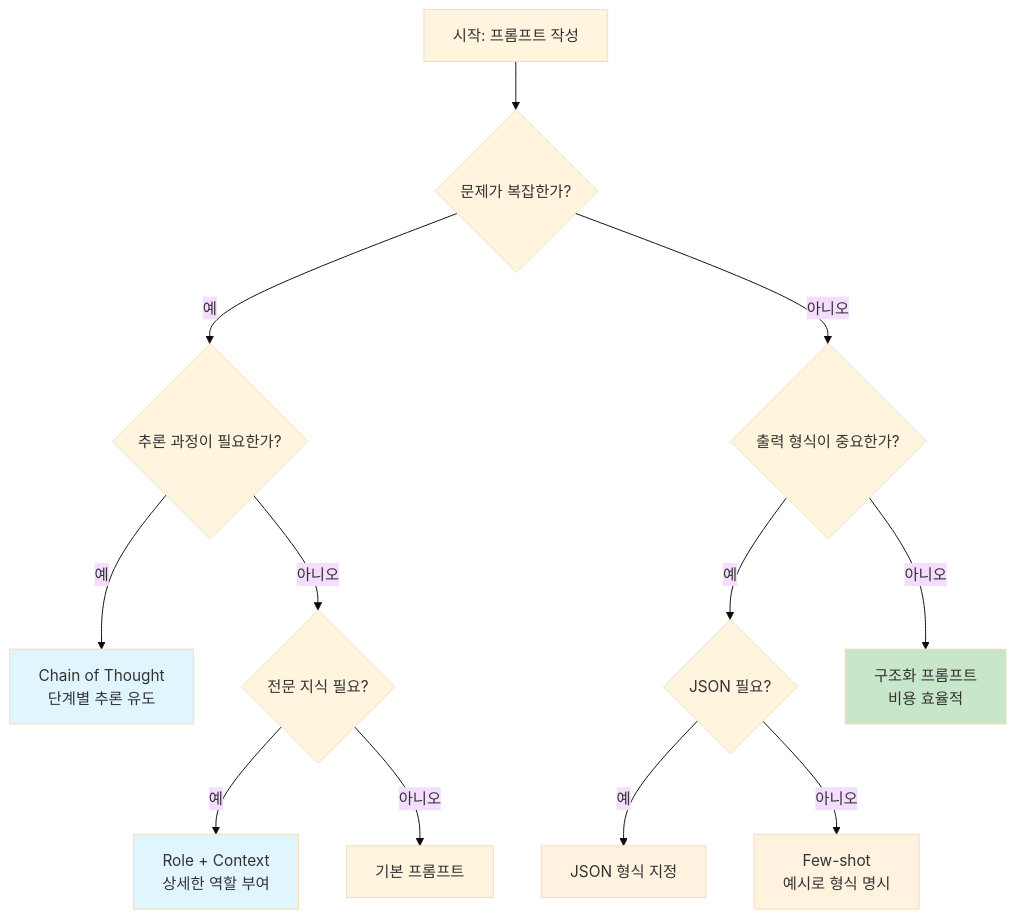
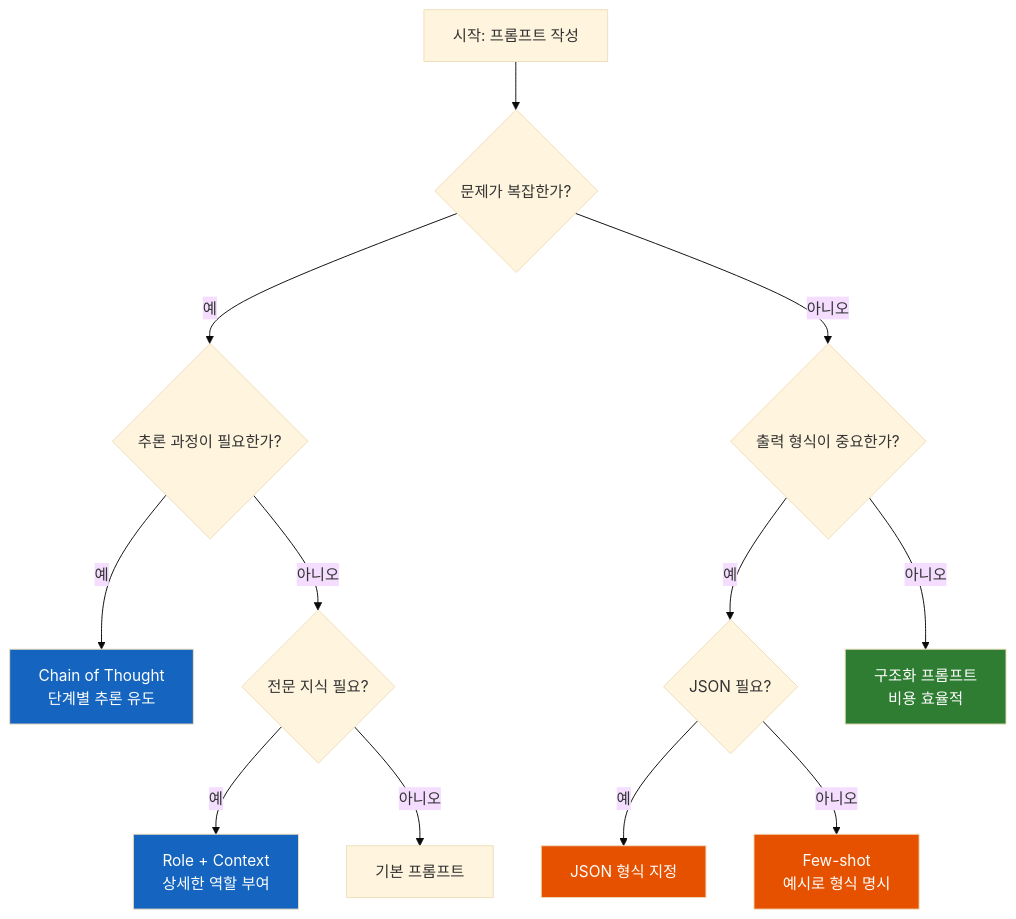
One commit to kimddong23/prompt-engineering-lab changed the diagram in README.md. Above: the diagram before and after it, drawn with Mermaid (base theme). The commit also changed other lines of this file and 4 other files, not shown here.

````diff
--- a/README.md
+++ b/README.md
@@ -470,24 +468,24 @@
 ```mermaid
 flowchart TD
     A[시작: 프롬프트 작성] --> B{문제가 복잡한가?}
     B -->|예| C{추론 과정이 필요한가?}
     B -->|아니오| D{출력 형식이 중요한가?}
 
     C -->|예| E[Chain of Thought<br/>단계별 추론 유도]
     C -->|아니오| F{전문 지식 필요?}
 
     F -->|예| G[Role + Context<br/>상세한 역할 부여]
     F -->|아니오| H[기본 프롬프트]
 
     D -->|예| I{JSON 필요?}
     D -->|아니오| J[구조화 프롬프트<br/>비용 효율적]
 
     I -->|예| K[JSON 형식 지정]
     I -->|아니오| L[Few-shot<br/>예시로 형식 명시]
 
-    style E fill:#e1f5fe
-    style G fill:#e1f5fe
-    style J fill:#c8e6c9
-    style K fill:#fff3e0
-    style L fill:#fff3e0
+    style E fill:#1565c0,color:#fff
+    style G fill:#1565c0,color:#fff
+    style J fill:#2e7d32,color:#fff
+    style K fill:#e65100,color:#fff
+    style L fill:#e65100,color:#fff
 ```
````
